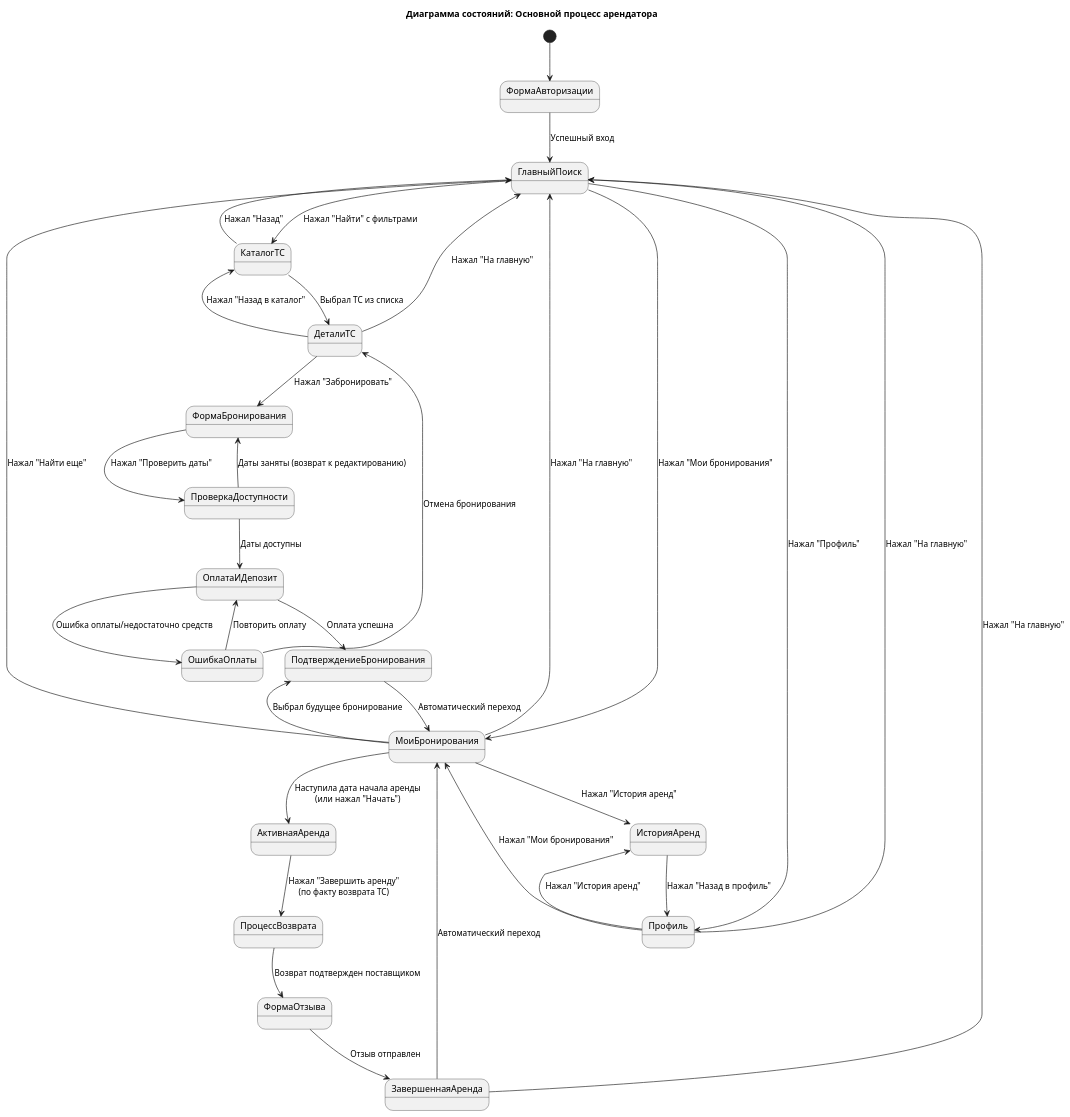
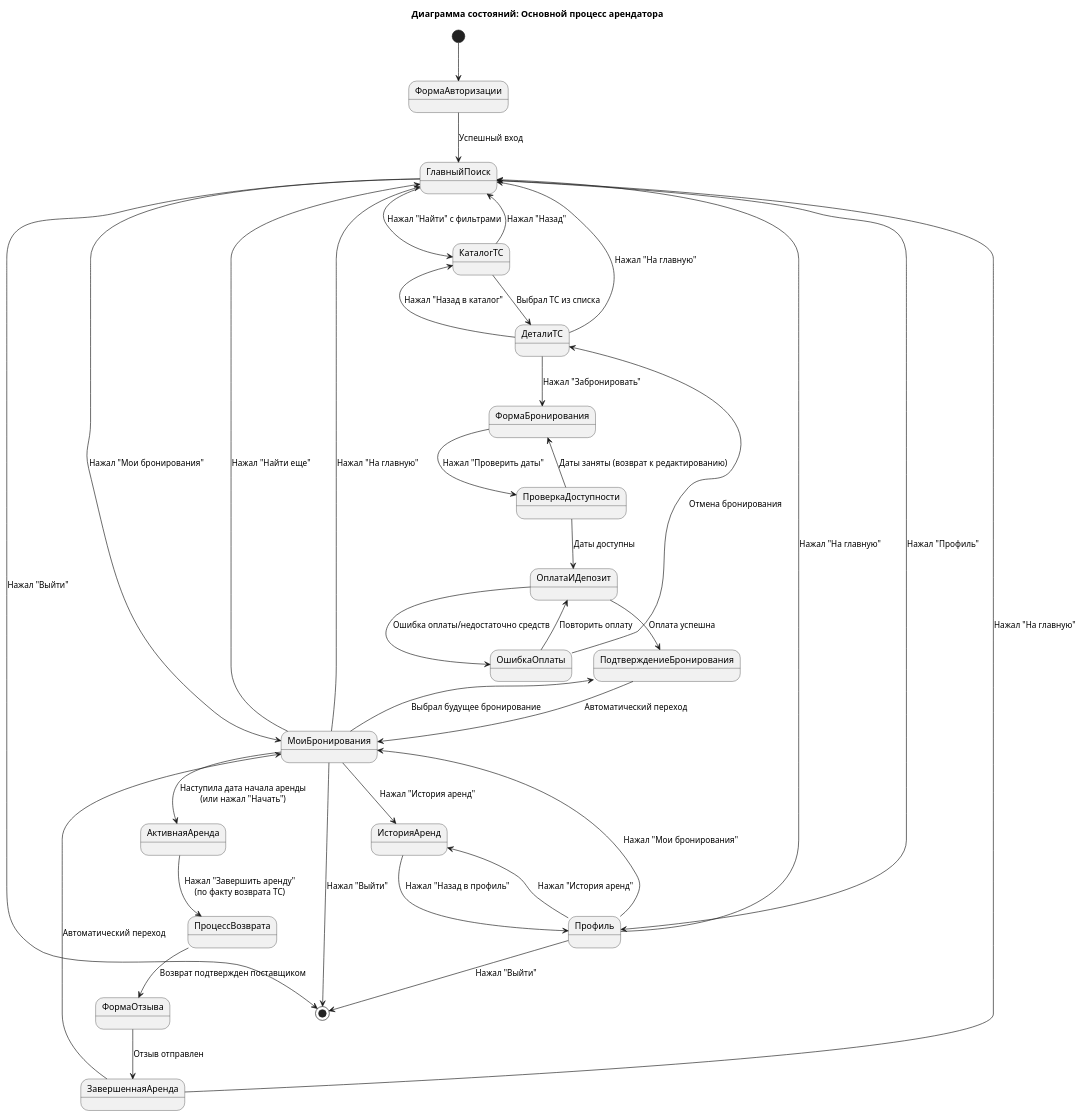
One commit to SVLOGer/TRPO changed the diagram in 3. Технические процессы/UML.puml. Above: the diagram before and after it, drawn with PlantUML.

Commit message:
uml правки

```diff
--- a/3. Технические процессы/UML.puml
+++ b/3. Технические процессы/UML.puml
@@ -1,65 +1,70 @@
 @startuml
 title Диаграмма состояний: Основной процесс арендатора
 
 state "ФормаАвторизации" as login
 state "ГлавныйПоиск" as main_search
 state "КаталогТС" as catalog
 state "ДеталиТС" as vehicle_details
 state "ФормаБронирования" as booking_form
 state "ПроверкаДоступности" as check_availability
 state "ОплатаИДепозит" as payment
 state "ОшибкаОплаты" as payment_error
 state "ПодтверждениеБронирования" as booking_confirmed
 state "МоиБронирования" as my_bookings
 state "АктивнаяАренда" as active_rental
 state "ПроцессВозврата" as return_process
 state "ФормаОтзыва" as feedback_form
 state "ЗавершеннаяАренда" as rental_completed
 state "Профиль" as profile
 state "ИсторияАренд" as rental_history
 
 [*] --> login
 login --> main_search : Успешный вход
 
 main_search --> catalog : Нажал "Найти" с фильтрами
 main_search --> profile : Нажал "Профиль"
 main_search --> my_bookings : Нажал "Мои бронирования"
 catalog --> main_search : Нажал "Назад"
 
 ' Работа с каталогом
 catalog --> vehicle_details : Выбрал ТС из списка
 vehicle_details --> catalog : Нажал "Назад в каталог"
 vehicle_details --> booking_form : Нажал "Забронировать"
 
 ' Процесс бронирования и оплаты
 booking_form --> check_availability : Нажал "Проверить даты"
 check_availability --> payment : Даты доступны
 check_availability --> booking_form : Даты заняты (возврат к редактированию)
 payment --> booking_confirmed : Оплата успешна
 payment --> payment_error : Ошибка оплаты/недостаточно средств
 payment_error --> payment : Повторить оплату
 payment_error --> vehicle_details : Отмена бронирования
 booking_confirmed --> my_bookings : Автоматический переход
 
 ' Управление бронированиями
 my_bookings --> main_search : Нажал "Найти еще"
 my_bookings --> active_rental : Наступила дата начала аренды\n(или нажал "Начать")
 my_bookings --> booking_confirmed : Выбрал будущее бронирование
 active_rental --> return_process : Нажал "Завершить аренду"\n(по факту возврата ТС)
 return_process --> feedback_form : Возврат подтвержден поставщиком
 feedback_form --> rental_completed : Отзыв отправлен
 rental_completed --> my_bookings : Автоматический переход
 my_bookings --> rental_history : Нажал "История аренд"
 
 ' Навигация из профиля
 profile --> main_search : Нажал "На главную"
 profile --> rental_history : Нажал "История аренд"
 profile --> my_bookings : Нажал "Мои бронирования"
 rental_history --> profile : Нажал "Назад в профиль"
 
 ' Возвраты на главный поиск (основной хаб)
 my_bookings --> main_search : Нажал "На главную"
 vehicle_details --> main_search : Нажал "На главную"
 rental_completed --> main_search : Нажал "На главную"
 
+' Выход из системы - КОНЕЧНОЕ СОСТОЯНИЕ
+main_search --> [*] : Нажал "Выйти"
+profile --> [*] : Нажал "Выйти"
+my_bookings --> [*] : Нажал "Выйти"
+
 @enduml
```
